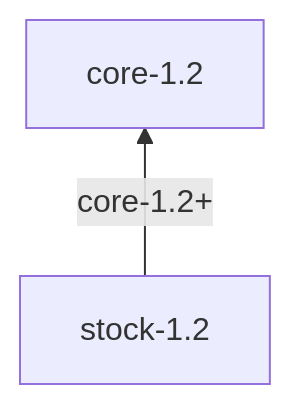
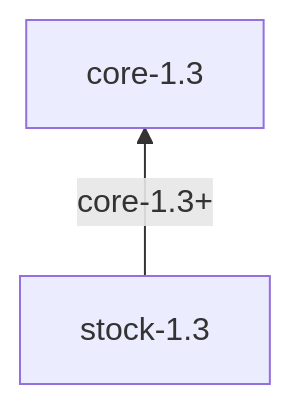
One commit to Adisoreq/FormuLang changed the diagram in docs/standards/README.md. Above: the diagram before and after it, drawn with Mermaid. The commit also changed other lines of this file and 46 other files, not shown here.

Commit message:
Release: Core 1.3 + Stock 1.3

````diff
--- a/docs/standards/README.md
+++ b/docs/standards/README.md
@@ -24,7 +24,7 @@
 ```mermaid
 graph BT
-    core["core-1.2"]
-    stock["stock-1.2"]
+    core["core-1.3"]
+    stock["stock-1.3"]
 
-    stock -- "core-1.2+" --> core
+    stock -- "core-1.3+" --> core
 ```
````
